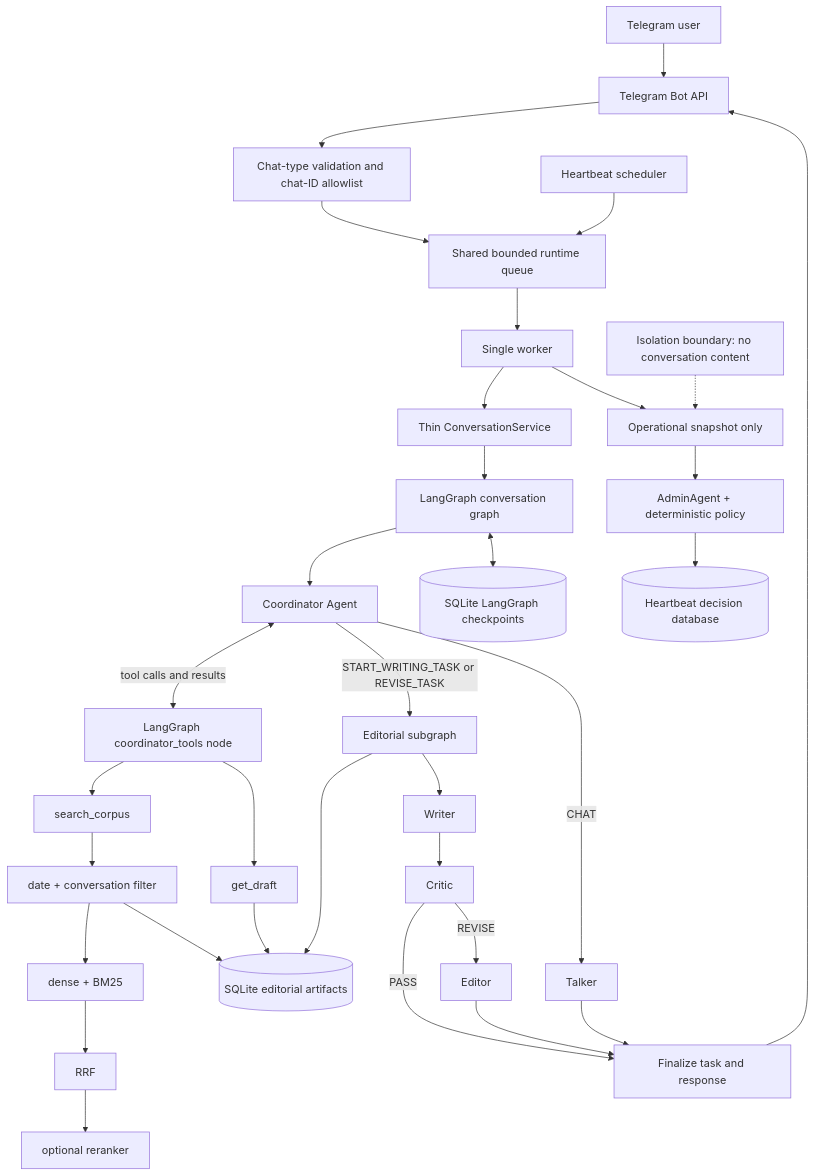
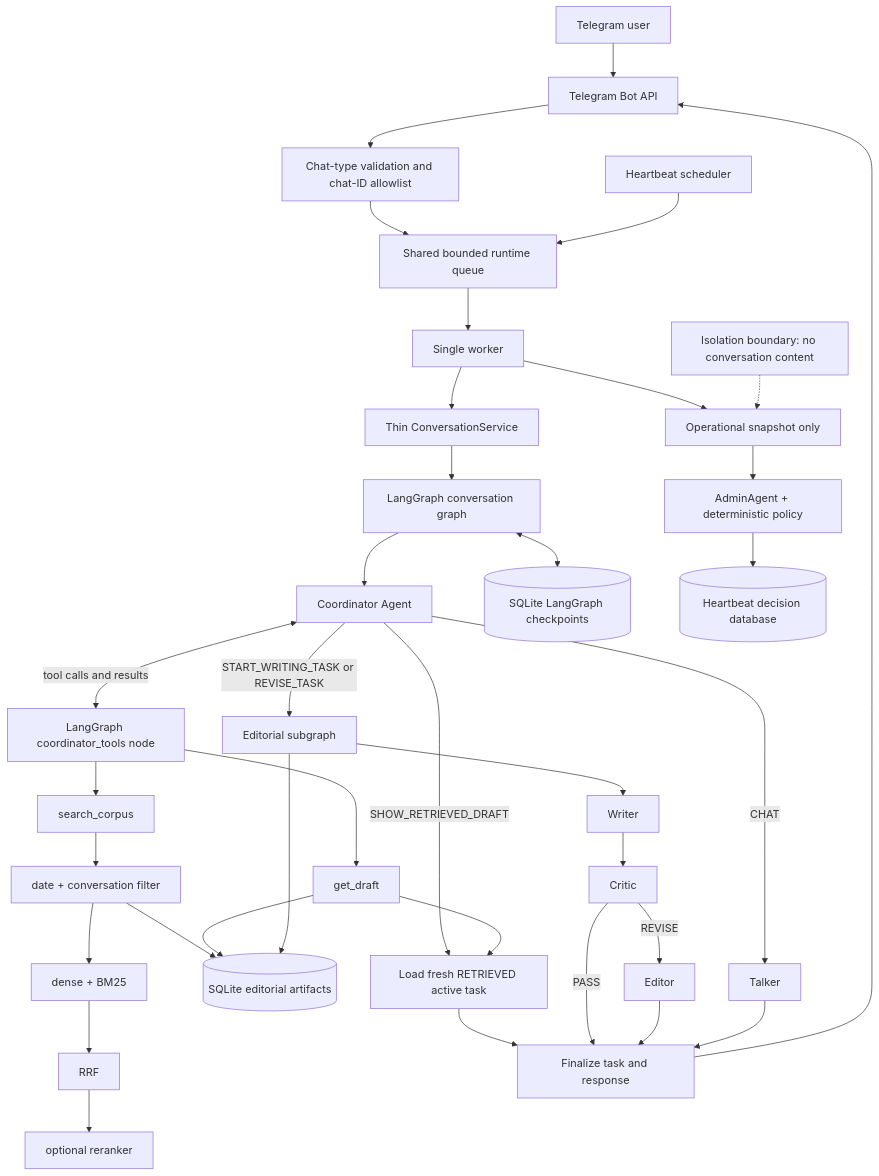
One commit to camomilesson/editorial-team-v2 changed the first of 10 diagrams in README.md. Above: the diagram before and after it, drawn with Mermaid. The commit also changed other lines of this file, not shown here.

````diff
--- a/README.md
+++ b/README.md
@@ -139,37 +143,40 @@
 ```mermaid
 flowchart TD
     U["Telegram user"] --> TG["Telegram Bot API"]
     TG --> IN["Chat-type validation and chat-ID allowlist"]
     IN --> Q["Shared bounded runtime queue"]
     Q --> W["Single worker"]
     W --> CS["Thin ConversationService"]
     CS --> PG["LangGraph conversation graph"]
     PG --> C["Coordinator Agent"]
     C <-->|"tool calls and results"| TN["LangGraph coordinator_tools node"]
     TN --> SC["search_corpus"]
     TN --> GD["get_draft"]
     SC --> RF["date + conversation filter"]
     RF --> HY["dense + BM25"]
     HY --> RRF["RRF"]
     RRF --> RR["optional reranker"]
     RF --> AS
     GD --> AS
+    C -->|"SHOW_RETRIEVED_DRAFT"| RA["Load fresh RETRIEVED active task"]
+    GD --> RA
+    RA --> DONE
     C -->|"CHAT"| T["Talker"]
     C -->|"START_WRITING_TASK or REVISE_TASK"| ES["Editorial subgraph"]
     ES --> WR["Writer"]
     WR --> CR["Critic"]
     CR -->|"PASS"| DONE["Finalize task and response"]
     CR -->|"REVISE"| E["Editor"]
     E --> DONE
     T --> DONE
     DONE --> TG
 
     PG <--> DB[("SQLite LangGraph checkpoints")]
     ES --> AS[("SQLite editorial artifacts")]
 
     HB["Heartbeat scheduler"] --> Q
     W --> OS["Operational snapshot only"]
     OS --> AA["AdminAgent + deterministic policy"]
     AA --> HDB[("Heartbeat decision database")]
     ISO["Isolation boundary: no conversation content"] -.-> OS
 ```
````
